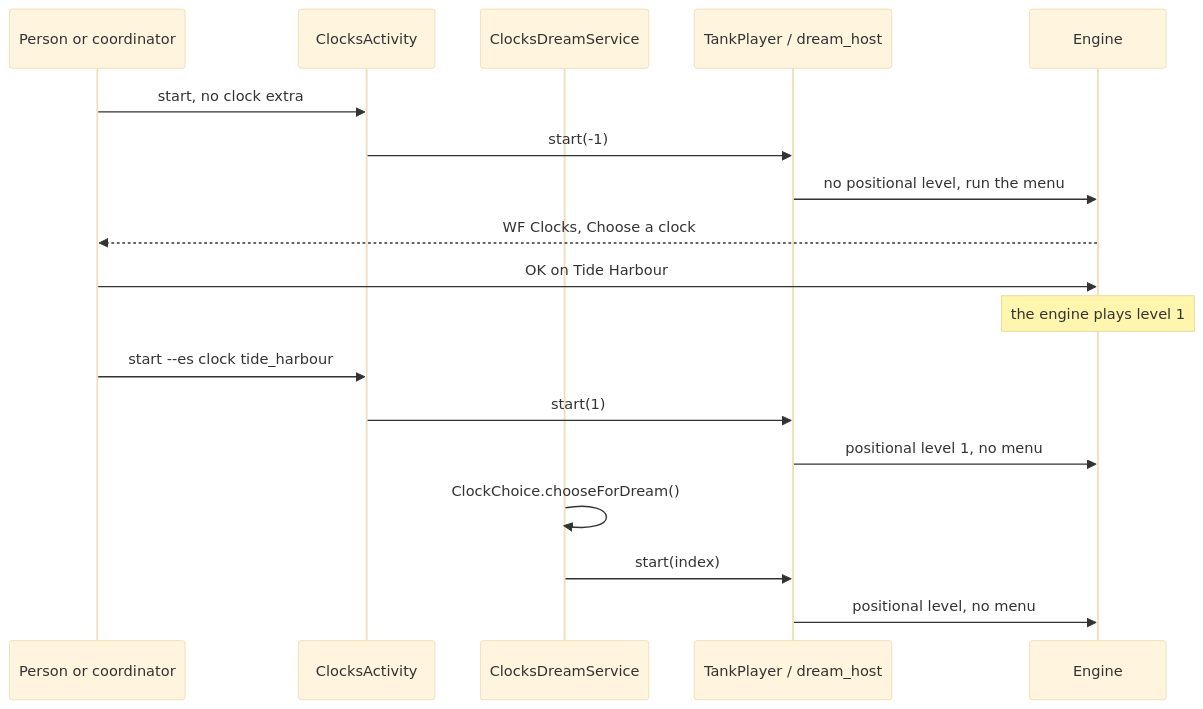
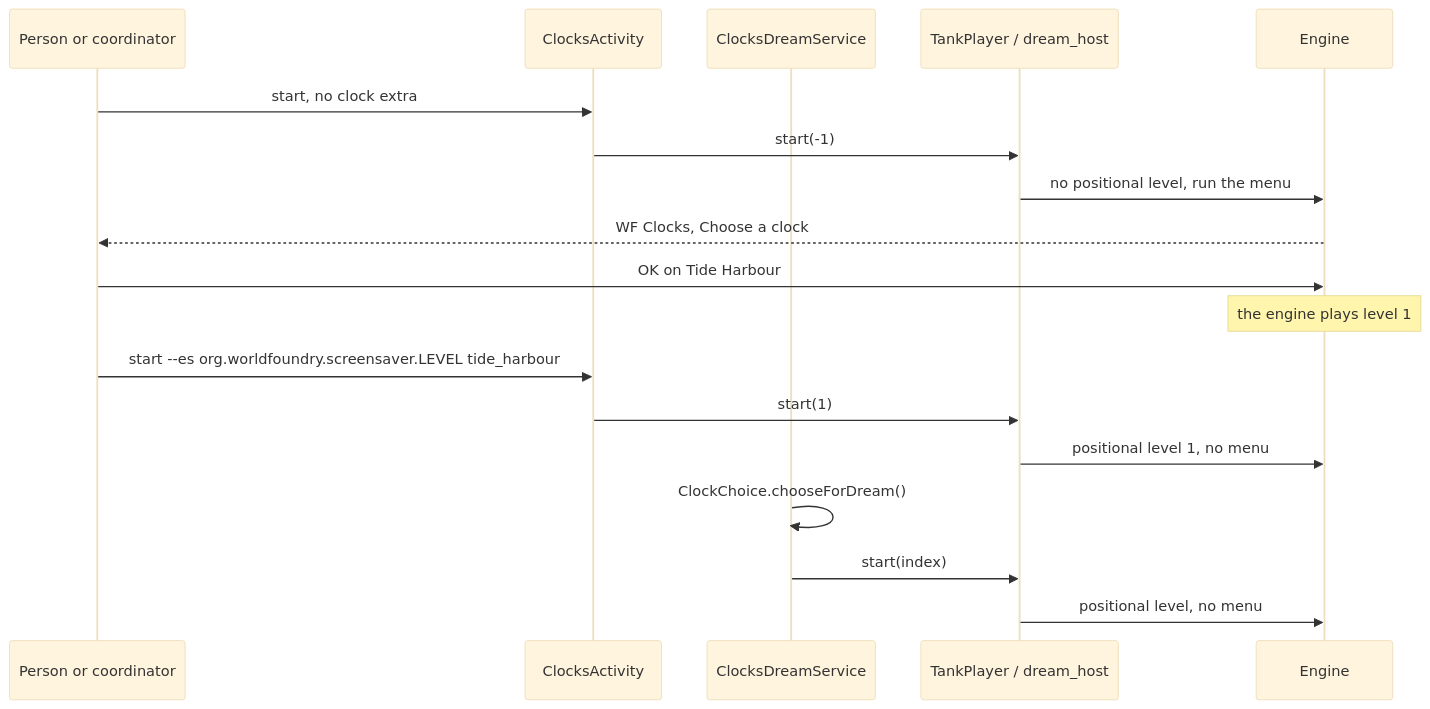
Before and after one commit to wbniv/WorldFoundry: the third of 5 diagrams in docs/plans/2026-11-21-tide-harbour-clock.md, drawn with Mermaid (base theme). The commit also changed other lines of this file and 1 other file, not shown here.

First line of the commit message:
Tide Harbour plan and TODO: the clocks use the shared LEVEL extra, LevelCatalog and LevelLaunch

````diff
--- a/docs/plans/2026-11-21-tide-harbour-clock.md
+++ b/docs/plans/2026-11-21-tide-harbour-clock.md
@@ -158,20 +158,20 @@
 ```mermaid
 sequenceDiagram
     participant U as Person or coordinator
     participant A as ClocksActivity
     participant D as ClocksDreamService
     participant P as TankPlayer / dream_host
     participant E as Engine
     U->>A: start, no clock extra
     A->>P: start(-1)
     P->>E: no positional level, run the menu
     E-->>U: WF Clocks, Choose a clock
     U->>E: OK on Tide Harbour
     Note over E: the engine plays level 1
-    U->>A: start --es clock tide_harbour
+    U->>A: start --es org.worldfoundry.screensaver.LEVEL tide_harbour
     A->>P: start(1)
     P->>E: positional level 1, no menu
     D->>D: ClockChoice.chooseForDream()
     D->>P: start(index)
     P->>E: positional level, no menu
 ```
````
